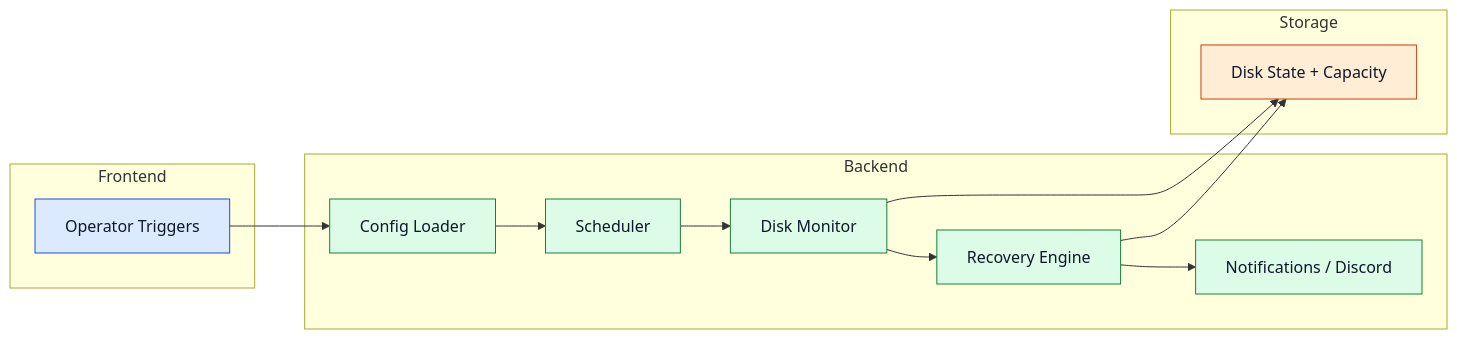
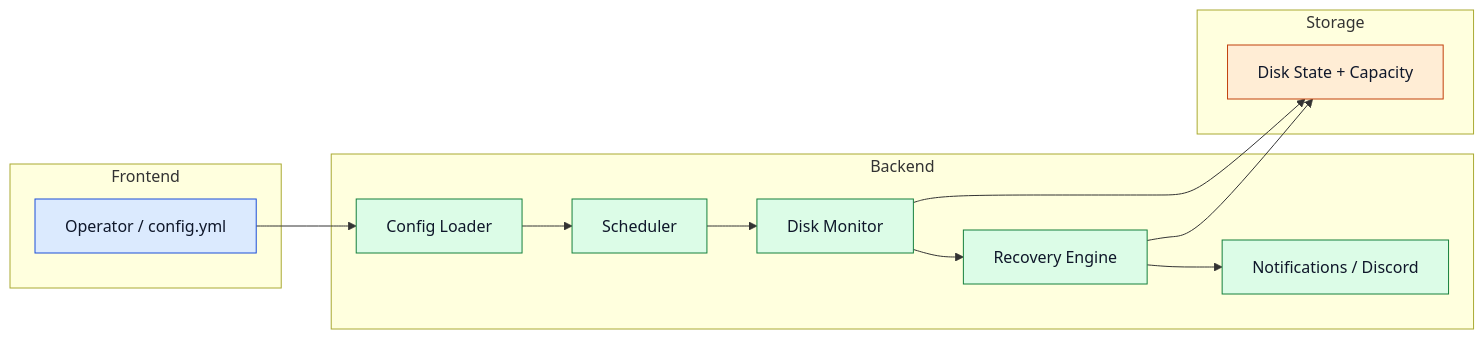
The diagram in docusaurus/docs/core-services.md (VulcanoSoftware/eindproject), drawn with Mermaid before and after one commit. The commit also changed other lines of this file and 4 other files, not shown here.

````diff
--- a/docusaurus/docs/core-services.md
+++ b/docusaurus/docs/core-services.md
@@ -12,30 +12,30 @@
 ```mermaid
 flowchart LR
   subgraph Frontend
-    OPS[Operator Triggers]
+    OPS[Operator / config.yml]
   end
 
   subgraph Backend
     CFG[Config Loader]
     SCH[Scheduler]
     MON[Disk Monitor]
     REC[Recovery Engine]
     NOTIF[Notifications / Discord]
   end
 
   subgraph Storage
     STATE[Disk State + Capacity]
   end
 
   OPS --> CFG --> SCH --> MON --> REC --> NOTIF
   MON --> STATE
   REC --> STATE
 
   classDef frontend fill:#dbeafe,stroke:#1d4ed8,color:#0f172a,stroke-width:1px;
   classDef backend fill:#dcfce7,stroke:#15803d,color:#0f172a,stroke-width:1px;
   classDef storage fill:#ffedd5,stroke:#c2410c,color:#0f172a,stroke-width:1px;
 
   class OPS frontend;
   class CFG,SCH,MON,REC,NOTIF backend;
   class STATE storage;
 ```
````
